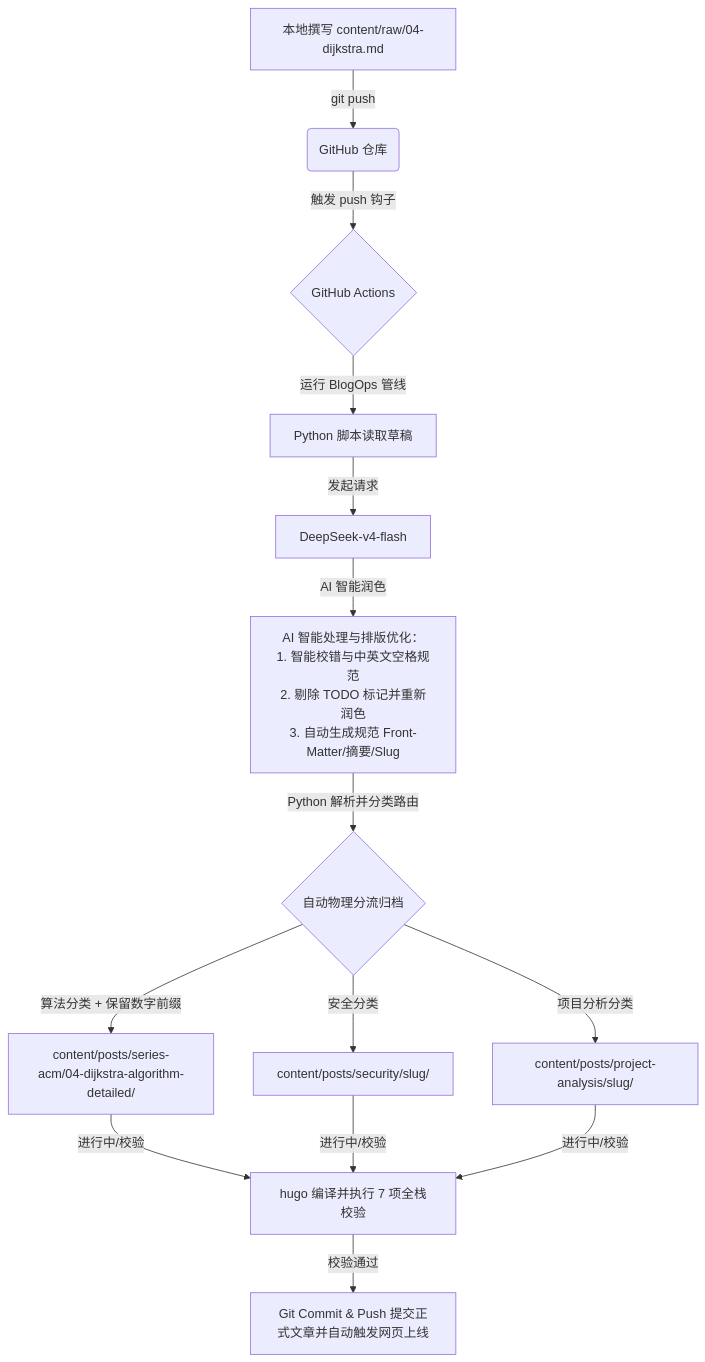
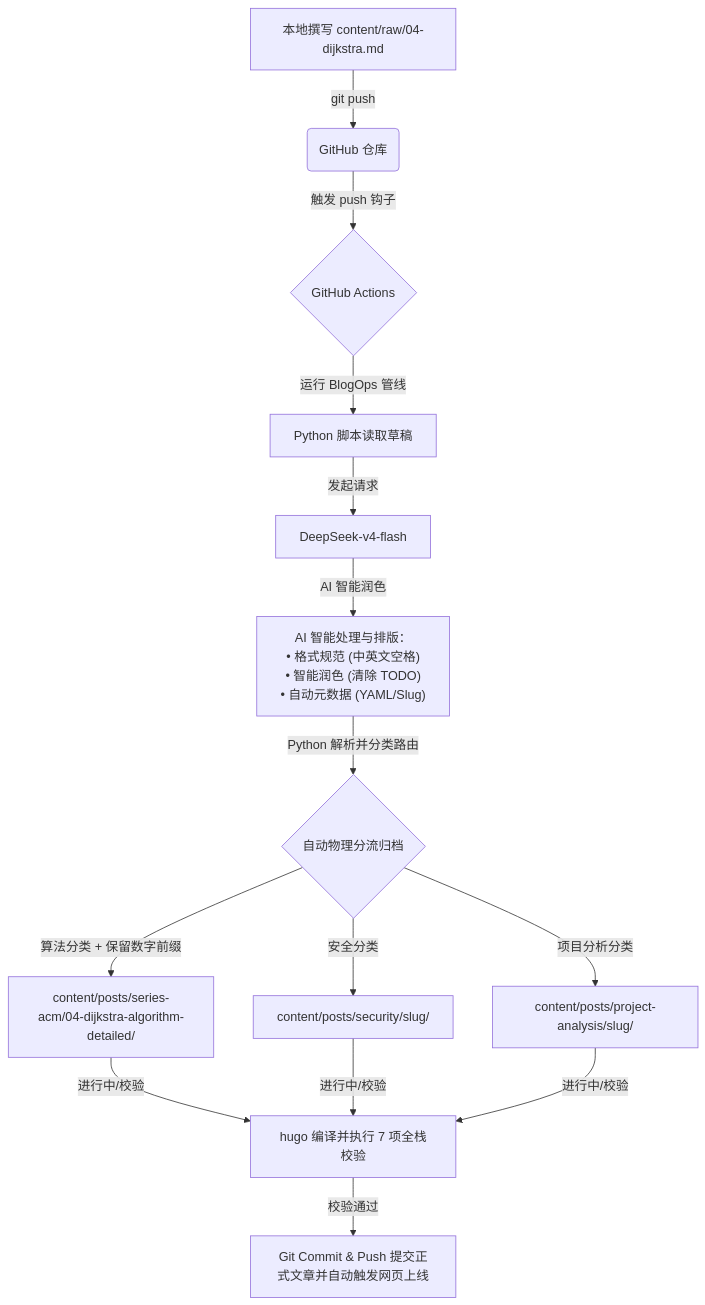
The diagram in README.md (yanchuaner/blog-hugo), drawn with Mermaid before and after one commit.

Commit message:
chore: shorten Mermaid text and add trailing spaces to prevent Chinese clipping

````diff
--- a/README.md
+++ b/README.md
@@ -45,14 +45,14 @@
 ```mermaid
 graph TD
     A[本地撰写 content/raw/04-dijkstra.md] -->|git push| B(GitHub 仓库)
     B -->|触发 push 钩子| C{GitHub Actions}
     C -->|运行 BlogOps 管线| D[Python 脚本读取草稿]
     D -->|发起请求| E[DeepSeek-v4-flash]
-    E -->|AI 智能润色| F["AI 智能处理与排版优化：<br>1. 智能校错与中英文空格规范<br>2. 剔除 TODO 标记并重新润色<br>3. 自动生成规范 Front-Matter/摘要/Slug"]
+    E -->|AI 智能润色| F["AI 智能处理与排版：      <br>• 格式规范 (中英文空格)      <br>• 智能润色 (清除 TODO)      <br>• 自动元数据 (YAML/Slug)      "]
     F -->|Python 解析并分类路由| G{自动物理分流归档}
     G -->|算法分类 + 保留数字前缀| H[content/posts/series-acm/04-dijkstra-algorithm-detailed/]
     G -->|安全分类| I[content/posts/security/slug/]
     G -->|项目分析分类| J[content/posts/project-analysis/slug/]
     H & I & J -->|进行中/校验| K[hugo 编译并执行 7 项全栈校验]
     K -->|校验通过| L[Git Commit & Push 提交正式文章并自动触发网页上线]
 ```
````
